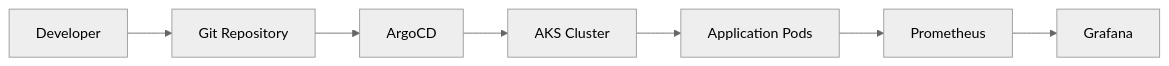
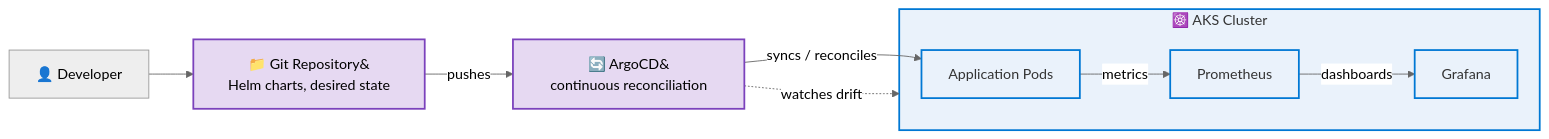
The fifth of 6 diagrams in README.md (aniket-devop/aniket-devop), drawn with Mermaid (neutral theme) before and after one commit. The commit also changed other lines of this file, not shown here.

First line of the commit message:
Enhance architecture diagrams and descriptions in README

````diff
--- a/README.md
+++ b/README.md
@@ -215,9 +290,21 @@
 ```mermaid
 flowchart LR
-    DEV["Developer"] --> REPO["Git Repository"]
-    REPO --> ARGOCD["ArgoCD"]
-    ARGOCD --> CLUSTER["AKS Cluster"]
-    CLUSTER --> PODS["Application Pods"]
-    PODS --> PROM["Prometheus"]
-    PROM --> GRAFANA["Grafana"]
+    DEV["👤 Developer"] --> REPO["📁 Git Repository&#10;Helm charts, desired state"]
+    REPO -->|pushes| ARGOCD["🔄 ArgoCD&#10;continuous reconciliation"]
+
+    subgraph CLUSTER["☸️ AKS Cluster"]
+        PODS["Application Pods"]
+        PROM["Prometheus"]
+        GRAFANA["Grafana"]
+        PODS -->|metrics| PROM
+        PROM -->|dashboards| GRAFANA
+    end
+
+    ARGOCD -->|syncs / reconciles| PODS
+    ARGOCD -.watches drift.-> CLUSTER
+
+    classDef gitops fill:#e6d9f2,stroke:#7B42BC,stroke-width:2px
+    classDef cluster fill:#eaf2fb,stroke:#0078D4,stroke-width:2px
+    class ARGOCD,REPO gitops
+    class CLUSTER,PODS,PROM,GRAFANA cluster
 ```
````
